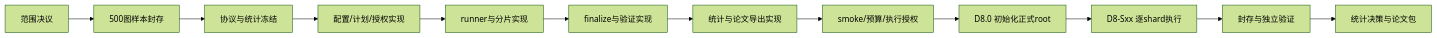
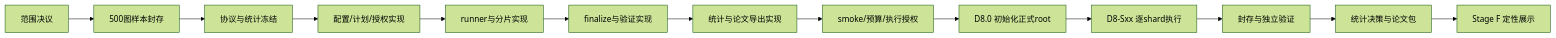
The diagram in vitnns_rebuild/docs/阶段D-step-by-step.md (kkk0101-ooc/testcode), drawn with Mermaid (forest theme) before and after one commit. The commit also changed other lines of this file and 37 other files, not shown here.

Commit message:
feat(recovery): add lightweight C8 salvage flow

````diff
--- a/vitnns_rebuild/docs/阶段D-step-by-step.md
+++ b/vitnns_rebuild/docs/阶段D-step-by-step.md
@@ -22,14 +22,15 @@
 ```mermaid
 flowchart LR
     D0[范围决议] --> D1[500图样本封存]
     D1 --> D2[协议与统计冻结]
     D2 --> D3[配置/计划/授权实现]
     D3 --> D4[runner与分片实现]
     D4 --> D5[finalize与验证实现]
     D5 --> D6[统计与论文导出实现]
     D6 --> D7[smoke/预算/执行授权]
     D7 --> D80[D8.0 初始化正式root]
     D80 --> D8S[D8-Sxx 逐shard执行]
     D8S --> D9[封存与独立验证]
     D9 --> D10[统计决策与论文包]
+    D10 --> F[Stage F 定性展示]
 ```
````
